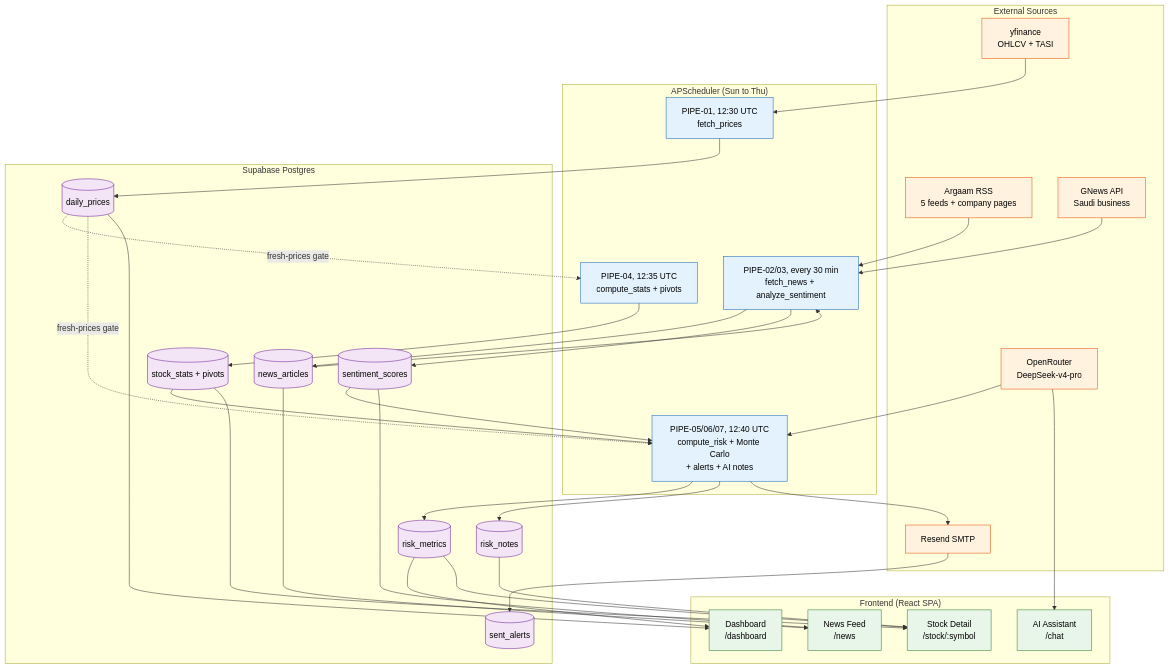
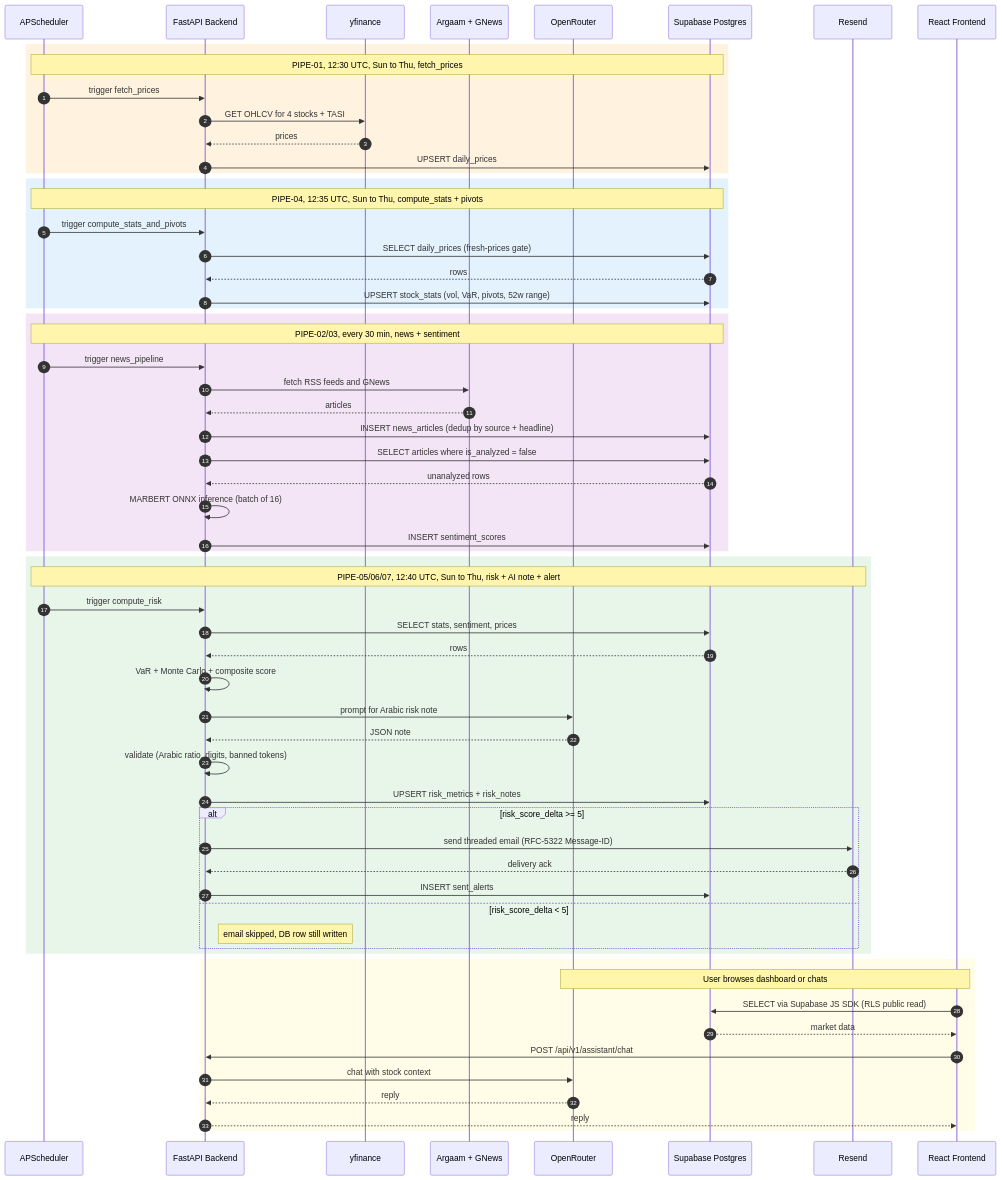
One commit to Tlvxg/Nabeeh changed the diagram in README.md. Above: the diagram before and after it, drawn with Mermaid.

Commit message:
Replace tangled flowchart with sequence diagram
The flowchart TD with 4 subgraphs and many cross-cutting edges
auto-laid-out into a mess on GitHub. Switching to sequenceDiagram
gives a clean top-to-bottom timeline of one trading day, with
each external system as its own swim lane and parallel pipelines
grouped by colored regions.

````diff
--- a/README.md
+++ b/README.md
@@ -110,72 +110,69 @@
 ```mermaid
-flowchart TD
-    subgraph EXT["External Sources"]
-        YF["yfinance<br/>OHLCV + TASI"]
-        ARG["Argaam RSS<br/>5 feeds + company pages"]
-        GN["GNews API<br/>Saudi business"]
-        OR["OpenRouter<br/>DeepSeek-v4-pro"]
-        RS["Resend SMTP"]
+sequenceDiagram
+    autonumber
+    participant SCHED as APScheduler
+    participant BE as FastAPI Backend
+    participant YF as yfinance
+    participant ARG as Argaam + GNews
+    participant OR as OpenRouter
+    participant DB as Supabase Postgres
+    participant RS as Resend
+    participant FE as React Frontend
+
+    rect rgb(255, 243, 224)
+    Note over SCHED,DB: PIPE-01, 12:30 UTC, Sun to Thu, fetch_prices
+    SCHED->>BE: trigger fetch_prices
+    BE->>YF: GET OHLCV for 4 stocks + TASI
+    YF-->>BE: prices
+    BE->>DB: UPSERT daily_prices
     end
 
-    subgraph SCHED["APScheduler (Sun to Thu)"]
-        J1["PIPE-01, 12:30 UTC<br/>fetch_prices"]
-        J4["PIPE-04, 12:35 UTC<br/>compute_stats + pivots"]
-        J2["PIPE-02/03, every 30 min<br/>fetch_news + analyze_sentiment"]
-        J5["PIPE-05/06/07, 12:40 UTC<br/>compute_risk + Monte Carlo<br/>+ alerts + AI notes"]
+    rect rgb(227, 242, 253)
+    Note over SCHED,DB: PIPE-04, 12:35 UTC, Sun to Thu, compute_stats + pivots
+    SCHED->>BE: trigger compute_stats_and_pivots
+    BE->>DB: SELECT daily_prices (fresh-prices gate)
+    DB-->>BE: rows
+    BE->>DB: UPSERT stock_stats (vol, VaR, pivots, 52w range)
     end
 
-    subgraph DB["Supabase Postgres"]
-        T1[("daily_prices")]
-        T2[("stock_stats + pivots")]
-        T3[("news_articles")]
-        T4[("sentiment_scores")]
-        T5[("risk_metrics")]
-        T6[("risk_notes")]
-        T7[("sent_alerts")]
+    rect rgb(243, 229, 245)
+    Note over SCHED,DB: PIPE-02/03, every 30 min, news + sentiment
+    SCHED->>BE: trigger news_pipeline
+    BE->>ARG: fetch RSS feeds and GNews
+    ARG-->>BE: articles
+    BE->>DB: INSERT news_articles (dedup by source + headline)
+    BE->>DB: SELECT articles where is_analyzed = false
+    DB-->>BE: unanalyzed rows
+    BE->>BE: MARBERT ONNX inference (batch of 16)
+    BE->>DB: INSERT sentiment_scores
     end
 
-    subgraph FE["Frontend (React SPA)"]
-        DASH["Dashboard<br/>/dashboard"]
-        DETAIL["Stock Detail<br/>/stock/:symbol"]
-        CHAT["AI Assistant<br/>/chat"]
-        NEWS["News Feed<br/>/news"]
+    rect rgb(232, 245, 233)
+    Note over SCHED,RS: PIPE-05/06/07, 12:40 UTC, Sun to Thu, risk + AI note + alert
+    SCHED->>BE: trigger compute_risk
+    BE->>DB: SELECT stats, sentiment, prices
+    DB-->>BE: rows
+    BE->>BE: VaR + Monte Carlo + composite score
+    BE->>OR: prompt for Arabic risk note
+    OR-->>BE: JSON note
+    BE->>BE: validate (Arabic ratio, digits, banned tokens)
+    BE->>DB: UPSERT risk_metrics + risk_notes
+    alt risk_score_delta >= 5
+        BE->>RS: send threaded email (RFC-5322 Message-ID)
+        RS-->>BE: delivery ack
+        BE->>DB: INSERT sent_alerts
+    else risk_score_delta < 5
+        Note right of BE: email skipped, DB row still written
+    end
     end
 
-    YF --> J1
-    J1 --> T1
-    T1 -.fresh-prices gate.-> J4
-    J4 --> T2
-
-    ARG --> J2
-    GN --> J2
-    J2 --> T3
-    T3 --> J2
-    J2 --> T4
-
-    T1 -.fresh-prices gate.-> J5
-    T2 --> J5
-    T4 --> J5
-    J5 --> T5
-    OR --> J5
-    J5 --> T6
-    J5 --> RS
-    RS --> T7
-
-    T1 --> DASH
-    T2 --> DETAIL
-    T3 --> NEWS
-    T4 --> NEWS
-    T5 --> DASH
-    T5 --> DETAIL
-    T6 --> DETAIL
-    OR --> CHAT
-
-    classDef ext fill:#fff3e0,stroke:#e65100,color:#000
-    classDef sched fill:#e3f2fd,stroke:#1565c0,color:#000
-    classDef db fill:#f3e5f5,stroke:#6a1b9a,color:#000
-    classDef fe fill:#e8f5e9,stroke:#2e7d32,color:#000
-    class YF,ARG,GN,OR,RS ext
-    class J1,J2,J4,J5 sched
-    class T1,T2,T3,T4,T5,T6,T7 db
-    class DASH,DETAIL,CHAT,NEWS fe
+    rect rgb(255, 253, 231)
+    Note over FE,OR: User browses dashboard or chats
+    FE->>DB: SELECT via Supabase JS SDK (RLS public read)
+    DB-->>FE: market data
+    FE->>BE: POST /api/v1/assistant/chat
+    BE->>OR: chat with stock context
+    OR-->>BE: reply
+    BE-->>FE: reply
+    end
 ```
````
